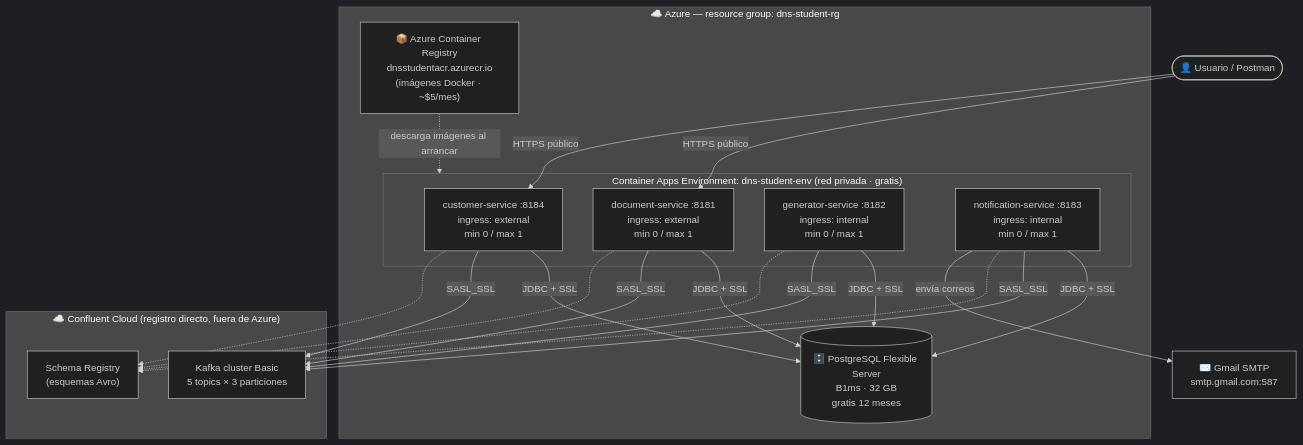
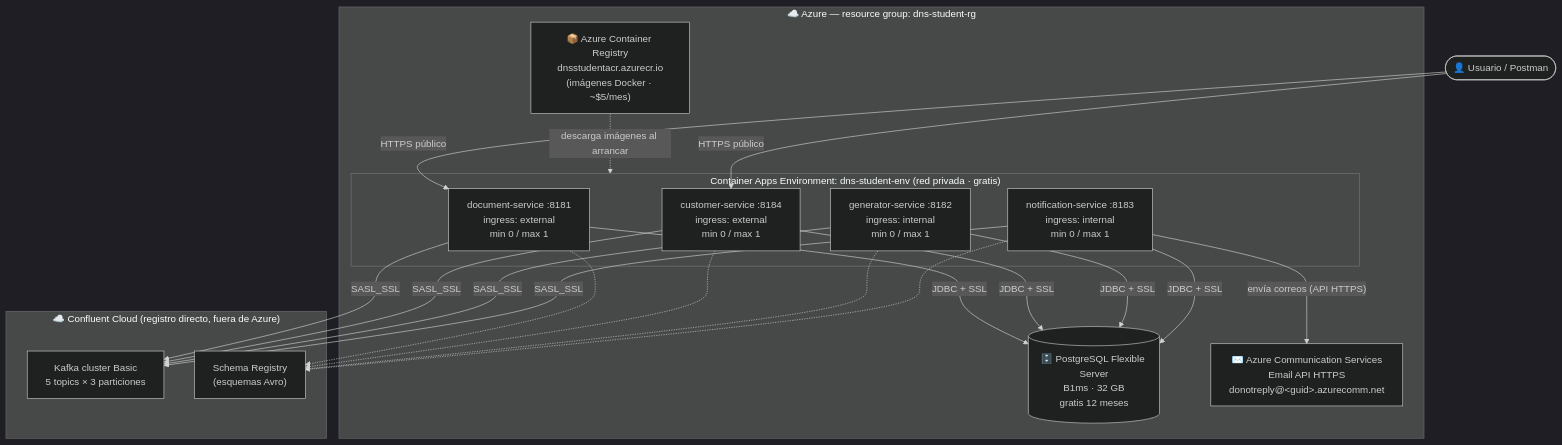
The first of 5 diagrams in docs/AZURE-ESTUDIANTE-PASO-A-PASO.md (Rincon10/DOCUMENT-NOTIFICATION-SYSTEM), drawn with Mermaid (dark theme) before and after one commit. The commit also changed other lines of this file and 28 other files, not shown here.

````diff
--- a/docs/AZURE-ESTUDIANTE-PASO-A-PASO.md
+++ b/docs/AZURE-ESTUDIANTE-PASO-A-PASO.md
@@ -49,32 +58,32 @@
 ```mermaid
 flowchart TB
     User(["👤 Usuario / Postman"])
 
     subgraph Azure["☁️ Azure — resource group: dns-student-rg"]
         ACR["📦 Azure Container Registry<br/>dnsstudentacr.azurecr.io<br/>(imágenes Docker · ~$5/mes)"]
 
         subgraph Env["Container Apps Environment: dns-student-env (red privada · gratis)"]
             DOC["document-service :8181<br/>ingress: external<br/>min 0 / max 1"]
             CUS["customer-service :8184<br/>ingress: external<br/>min 0 / max 1"]
             GEN["generator-service :8182<br/>ingress: internal<br/>min 0 / max 1"]
             NOT["notification-service :8183<br/>ingress: internal<br/>min 0 / max 1"]
         end
 
         PG[("🗄️ PostgreSQL Flexible Server<br/>B1ms · 32 GB<br/>gratis 12 meses")]
+
+        ACS["✉️ Azure Communication Services<br/>Email API HTTPS<br/>donotreply@&lt;guid&gt;.azurecomm.net"]
     end
 
     subgraph Confluent["☁️ Confluent Cloud (registro directo, fuera de Azure)"]
         KAFKA["Kafka cluster Basic<br/>5 topics × 3 particiones"]
         SR["Schema Registry<br/>(esquemas Avro)"]
     end
 
-    GMAIL["✉️ Gmail SMTP<br/>smtp.gmail.com:587"]
-
     User -- "HTTPS público" --> DOC
     User -- "HTTPS público" --> CUS
     ACR -. "descarga imágenes al arrancar" .-> Env
     DOC & CUS & GEN & NOT -- "JDBC + SSL" --> PG
     DOC & CUS & GEN & NOT -- "SASL_SSL" --> KAFKA
     DOC & CUS & GEN & NOT -.-> SR
-    NOT -- "envía correos" --> GMAIL
+    NOT -- "envía correos (API HTTPS)" --> ACS
 ```
````
